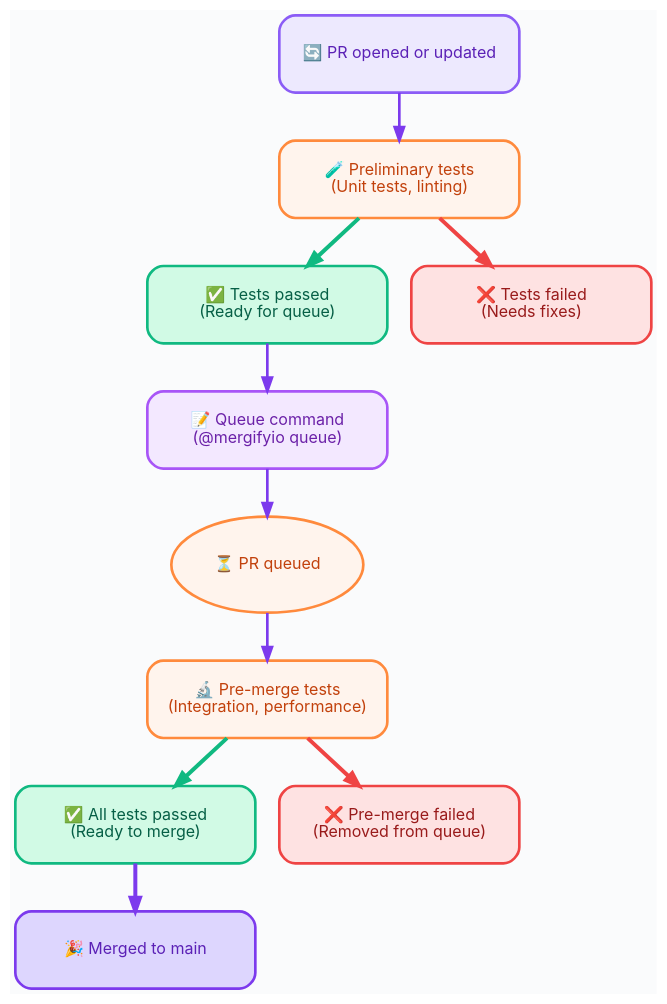
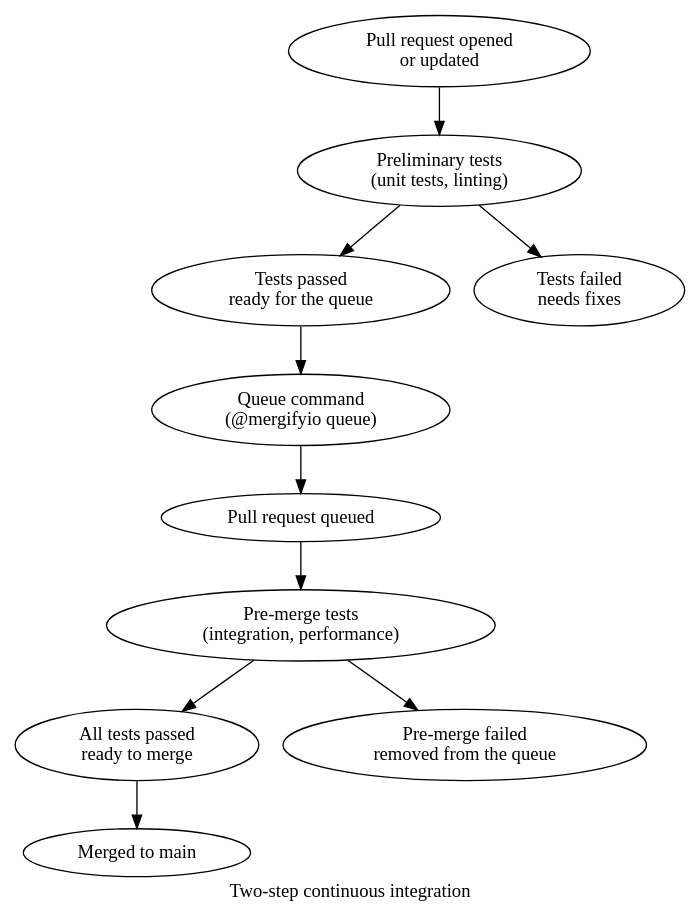
Before and after one commit to Mergifyio/docs: the diagram in src/content/docs/merge-queue/two-step.mdx, drawn with Graphviz. The commit also changed 20 other files, not shown here.

````diff
--- a/src/content/docs/merge-queue/two-step.mdx
+++ b/src/content/docs/merge-queue/two-step.mdx
@@ -27,130 +27,30 @@
-```dot class="graph"
-strict digraph {
-    fontname="Inter, system-ui, sans-serif";
-    rankdir="TB";
-    bgcolor="#FAFBFC";
+```dot class="flow"
+digraph {
+  label="Two-step continuous integration";
+  node [width=2.2];
 
-    // Global node and edge styling
-    node [
-        style="filled,rounded",
-        shape=rect,
-        fontcolor="black",
-        fontname="Inter, system-ui, sans-serif",
-        fontsize=12,
-        margin=0.2,
-        penwidth=2,
-        width=2.5,
-        height=0.8
-    ];
+  open [label="Pull request opened\nor updated", class="queued"];
+  preliminary [label="Preliminary tests\n(unit tests, linting)", class="pending"];
+  preliminary_ok [label="Tests passed\nready for the queue", class="merged"];
+  preliminary_fail [label="Tests failed\nneeds fixes", class="failed"];
+  queue_req [label="Queue command\n(@mergifyio queue)", class="queued"];
+  queued [label="Pull request queued", shape=oval, class="queued"];
+  premerge [label="Pre-merge tests\n(integration, performance)", class="pending"];
+  premerge_ok [label="All tests passed\nready to merge", class="merged"];
+  premerge_fail [label="Pre-merge failed\nremoved from the queue", class="failed"];
+  merged [label="Merged to main", class="merged"];
 
-    edge [
-        color="#7C3AED",
-        arrowhead=normal,
-        fontname="Inter, system-ui, sans-serif",
-        fontsize=10,
-        penwidth=2
-    ];
+  open -> preliminary;
+  preliminary -> preliminary_ok [class="merged"];
+  preliminary -> preliminary_fail [class="failed"];
+  preliminary_ok -> queue_req;
+  queue_req -> queued;
+  queued -> premerge;
+  premerge -> premerge_ok [class="merged"];
+  premerge -> premerge_fail [class="failed"];
+  premerge_ok -> merged [class="merged"];
 
-    // Start state
-    open [
-        label="🔄 PR opened or updated",
-        fillcolor="#EDE9FE",
-        color="#8B5CF6",
-        fontcolor="#5B21B6"
-    ];
-
-    // Preliminary tests phase
-    preliminary [
-        label="🧪 Preliminary tests\n(Unit tests, linting)",
-        fillcolor="#FFF4ED",
-        color="#FF8A3D",
-        fontcolor="#C2410C"
-    ]
-
-    // Success/failure branches for preliminary tests
-    subgraph cluster_preliminary_results {
-        style="invis";
-        preliminary_ok [
-            label="✅ Tests passed\n(Ready for queue)",
-            fillcolor="#D1FAE5",
-            color="#10B981",
-            fontcolor="#065F46"
-        ]
-
-        preliminary_fail [
-            label="❌ Tests failed\n(Needs fixes)",
-            fillcolor="#FEE2E2",
-            color="#EF4444",
-            fontcolor="#991B1B"
-        ]
-    }
-
-    // Queue action
-    queue_req [
-        label="📝 Queue command\n(@mergifyio queue)",
-        fillcolor="#F3E8FF",
-        color="#A855F7",
-        fontcolor="#6B21A8"
-    ]
-
-    // Queue state
-    queued [
-        label="⏳ PR queued",
-        shape=ellipse,
-        fillcolor="#FFF4ED",
-        color="#FF8A3D",
-        fontcolor="#C2410C",
-        width=2,
-        height=1
-    ];
-
-    // Pre-merge tests phase
-    premerge [
-        label="🔬 Pre-merge tests\n(Integration, performance)",
-        fillcolor="#FFF4ED",
-        color="#FF8A3D",
-        fontcolor="#C2410C"
-    ]
-
-    // Success/failure branches for pre-merge tests
-    subgraph cluster_premerge_results {
-        style="invis";
-        premerge_ok [
-            label="✅ All tests passed\n(Ready to merge)",
-            fillcolor="#D1FAE5",
-            color="#10B981",
-            fontcolor="#065F46"
-        ]
-
-        premerge_fail [
-            label="❌ Pre-merge failed\n(Removed from queue)",
-            fillcolor="#FEE2E2",
-            color="#EF4444",
-            fontcolor="#991B1B"
-        ]
-    }
-
-    // Final merge
-    merged [
-        label="🎉 Merged to main",
-        fillcolor="#DDD6FE",
-        color="#7C3AED",
-        fontcolor="#5B21B6"
-    ]
-
-    // Flow connections - main path
-    open -> preliminary;
-    preliminary -> preliminary_ok [color="#10B981", penwidth=3];
-    preliminary -> preliminary_fail [color="#EF4444", penwidth=3];
-    preliminary_ok -> queue_req;
-    queue_req -> queued;
-    queued -> premerge;
-    premerge -> premerge_ok [color="#10B981", penwidth=3];
-    premerge -> premerge_fail [color="#EF4444", penwidth=3];
-    premerge_ok -> merged [color="#7C3AED", penwidth=3];
-
-    // Rank constraints for better layout
-    {rank=same; preliminary_ok, preliminary_fail}
-    {rank=same; premerge_ok, premerge_fail}
+  { rank=same; preliminary_ok; preliminary_fail; }
+  { rank=same; premerge_ok; premerge_fail; }
 }
 ```
````
